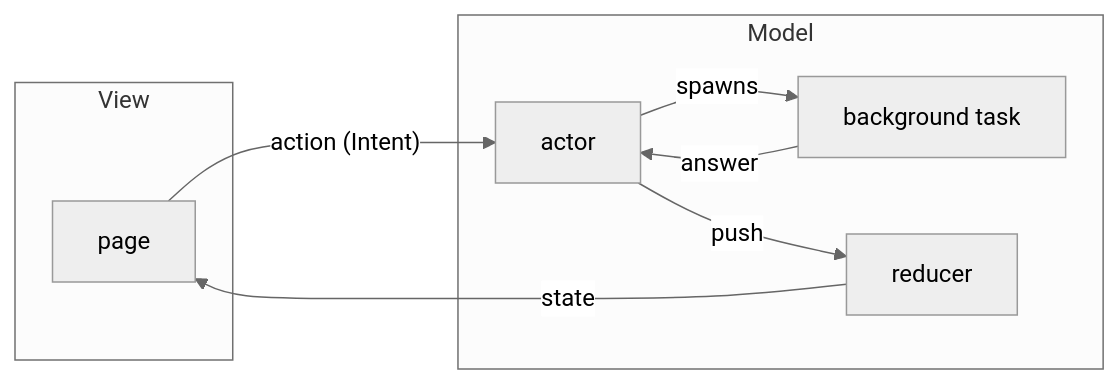
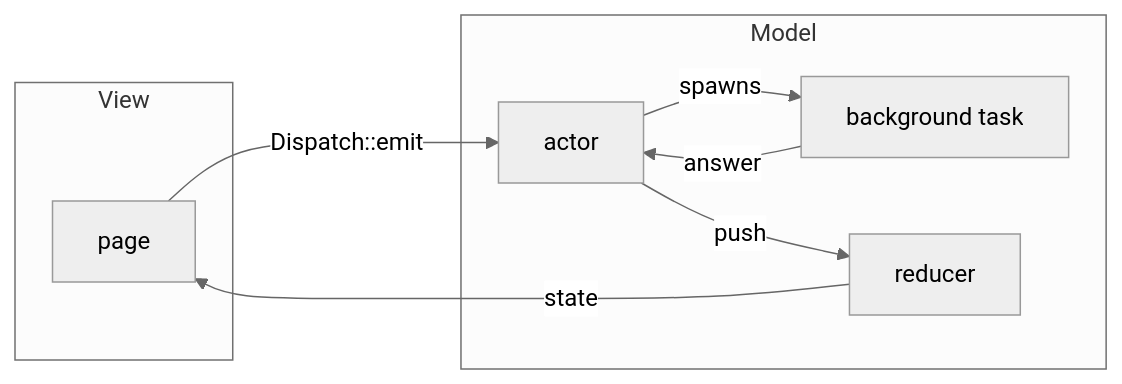
Before and after one commit to guinea-rs/guinea: the diagram in landing/src/content/docs/introduction.md, drawn with Mermaid (neutral theme). The commit also changed other lines of this file and 62 other files, not shown here.

````diff
--- a/landing/src/content/docs/introduction.md
+++ b/landing/src/content/docs/introduction.md
@@ -31,16 +39,16 @@
 ```mermaid
 flowchart LR
     subgraph View
         page[page]
     end
     subgraph Model
         actor[actor]
         task[background task]
         reducer[reducer]
     end
-    page -->|"action (Intent)"| actor
+    page -->|"Dispatch::emit"| actor
     actor -->|spawns| task
     task -->|answer| actor
     actor -->|push| reducer
     reducer -->|state| page
 ```
````
